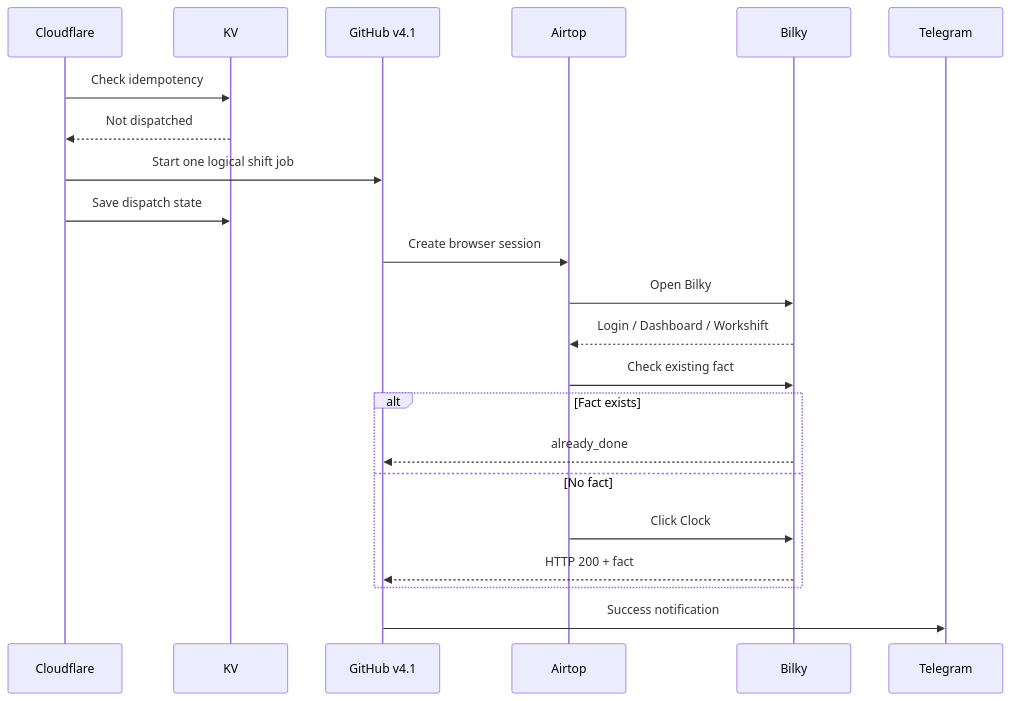
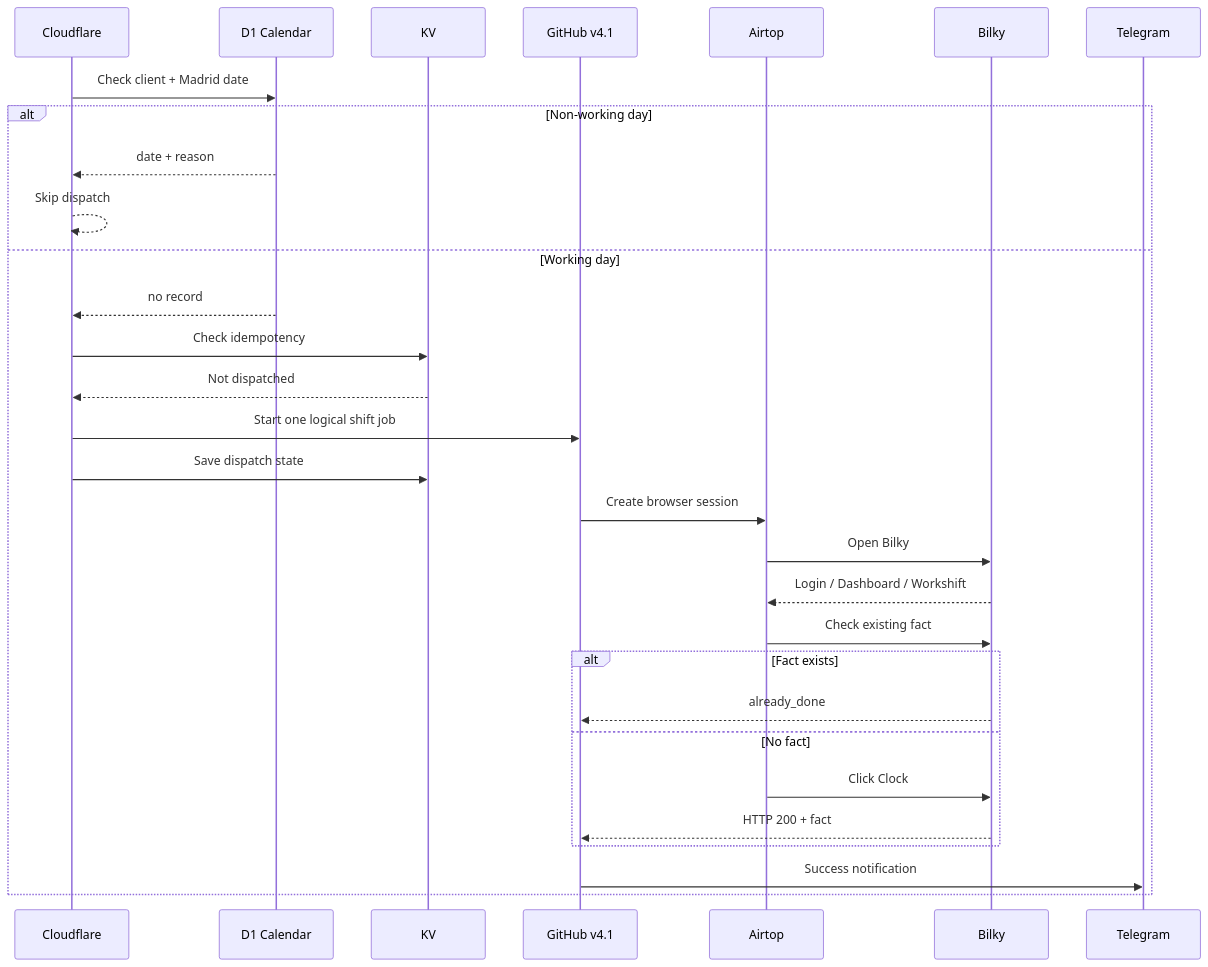
One commit to nikmad-ops/bilky_v1 changed the third of 4 diagrams in docs/bilky-v4.1-multi-user-architecture.md. Above: the diagram before and after it, drawn with Mermaid. The commit also changed other lines of this file, not shown here.

Commit message:
docs: document D1 non-working day calendar

````diff
--- a/docs/bilky-v4.1-multi-user-architecture.md
+++ b/docs/bilky-v4.1-multi-user-architecture.md
@@ -414,25 +464,33 @@
 ```mermaid
 sequenceDiagram
     participant C as Cloudflare
+    participant D as D1 Calendar
     participant K as KV
     participant G as GitHub v4.1
     participant A as Airtop
     participant B as Bilky
     participant T as Telegram
 
-    C->>K: Check idempotency
-    K-->>C: Not dispatched
-    C->>G: Start one logical shift job
-    C->>K: Save dispatch state
-    G->>A: Create browser session
-    A->>B: Open Bilky
-    B-->>A: Login / Dashboard / Workshift
-    A->>B: Check existing fact
-    alt Fact exists
-        B-->>G: already_done
-    else No fact
-        A->>B: Click Clock
-        B-->>G: HTTP 200 + fact
+    C->>D: Check client + Madrid date
+    alt Non-working day
+        D-->>C: date + reason
+        C-->>C: Skip dispatch
+    else Working day
+        D-->>C: no record
+        C->>K: Check idempotency
+        K-->>C: Not dispatched
+        C->>G: Start one logical shift job
+        C->>K: Save dispatch state
+        G->>A: Create browser session
+        A->>B: Open Bilky
+        B-->>A: Login / Dashboard / Workshift
+        A->>B: Check existing fact
+        alt Fact exists
+            B-->>G: already_done
+        else No fact
+            A->>B: Click Clock
+            B-->>G: HTTP 200 + fact
+        end
+        G->>T: Success notification
     end
-    G->>T: Success notification
 ```
````
